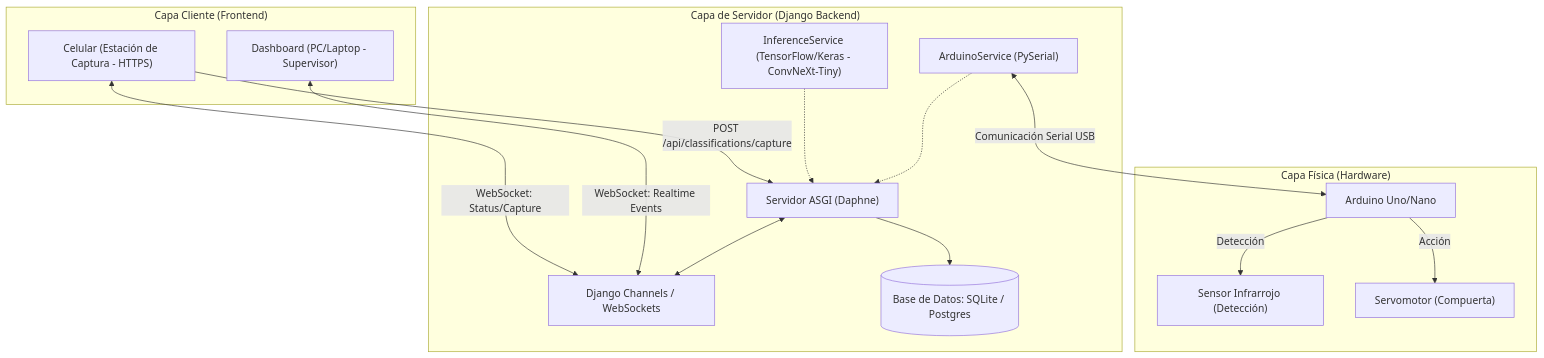
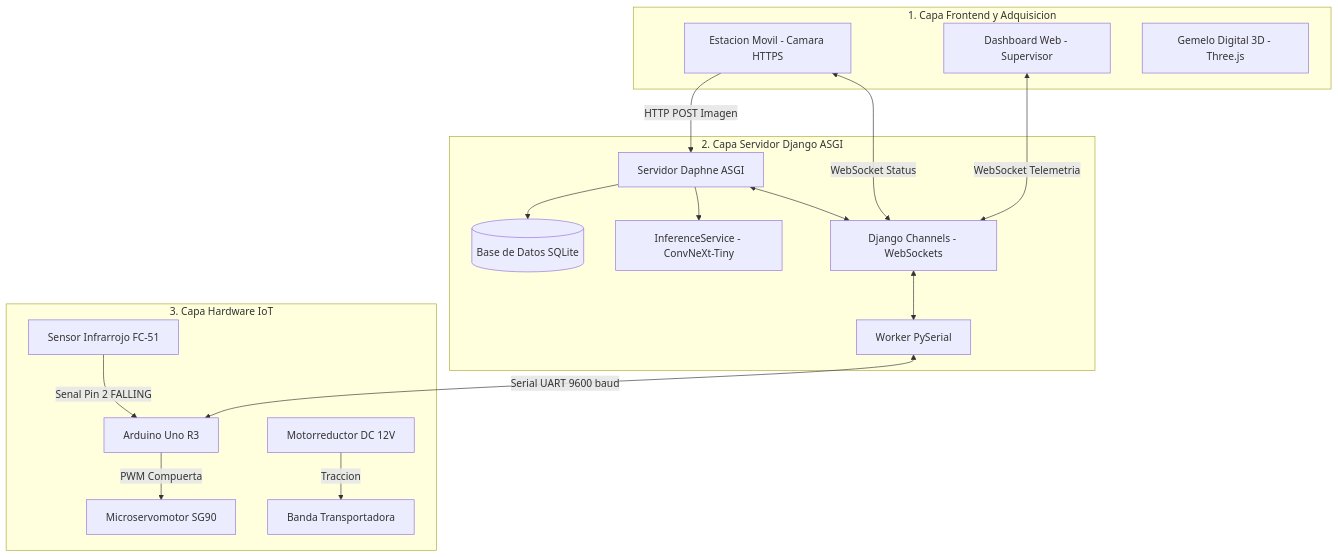
The first of 2 diagrams in README.md (JhosepSF/MangoSmart-Sorter), drawn with Mermaid before and after one commit. The commit also changed other lines of this file and 25 other files, not shown here.

````diff
--- a/README.md
+++ b/README.md
@@ -13,33 +40,41 @@
 ```mermaid
-graph TD
-    subgraph "Capa Cliente (Frontend)"
-        Celular["Celular (Estación de Captura - HTTPS)"]
-        Dashboard["Dashboard (PC/Laptop - Supervisor)"]
+flowchart TD
+    subgraph Frontend ["1. Capa Frontend y Adquisicion"]
+        Celular["Estacion Movil - Camara HTTPS"]
+        Dashboard["Dashboard Web - Supervisor"]
+        Visor3D["Gemelo Digital 3D - Three.js"]
     end
 
-    subgraph "Capa de Servidor (Django Backend)"
-        Daphne["Servidor ASGI (Daphne)"]
-        Channels["Django Channels / WebSockets"]
-        Inference["InferenceService (TensorFlow/Keras - ConvNeXt-Tiny)"]
-        ArduinoService["ArduinoService (PySerial)"]
-        DB[(Base de Datos: SQLite / Postgres)]
+    subgraph Backend ["2. Capa Servidor Django ASGI"]
+        Daphne["Servidor Daphne ASGI"]
+        Channels["Django Channels - WebSockets"]
+        Inference["InferenceService - ConvNeXt-Tiny"]
+        ArduinoService["Worker PySerial"]
+        DB[("Base de Datos SQLite")]
     end
 
-    subgraph "Capa Física (Hardware)"
-        Arduino["Arduino Uno/Nano"]
-        IR["Sensor Infrarrojo (Detección)"]
-        Servo["Servomotor (Compuerta)"]
+    subgraph Hardware ["3. Capa Hardware IoT"]
+        Arduino["Arduino Uno R3"]
+        SensorIR["Sensor Infrarrojo FC-51"]
+        Servo["Microservomotor SG90"]
+        MotorDC["Motorreductor DC 12V"]
+        Faja["Banda Transportadora"]
     end
 
-    %% Conexiones
-    Celular <-->|WebSocket: Status/Capture| Channels
-    Celular -->|POST /api/classifications/capture| Daphne
-    Dashboard <-->|WebSocket: Realtime Events| Channels
+    %% Enlaces Frontend - Backend
+    Celular <-->|WebSocket Status| Channels
+    Celular -->|HTTP POST Imagen| Daphne
+    Dashboard <-->|WebSocket Telemetria| Channels
+
+    %% Enlaces Backend Interno
     Daphne <--> Channels
+    Daphne --> Inference
     Daphne --> DB
-    Inference -.-> Daphne
-    ArduinoService <-->|Comunicación Serial USB| Arduino
-    Arduino -->|Detección| IR
-    Arduino -->|Acción| Servo
-    ArduinoService -.-> Daphne
+    Channels <--> ArduinoService
+
+    %% Enlaces Backend - Hardware
+    ArduinoService <-->|Serial UART 9600 baud| Arduino
+    SensorIR -->|Senal Pin 2 FALLING| Arduino
+    Arduino -->|PWM Compuerta| Servo
+    MotorDC -->|Traccion| Faja
 ```
````
